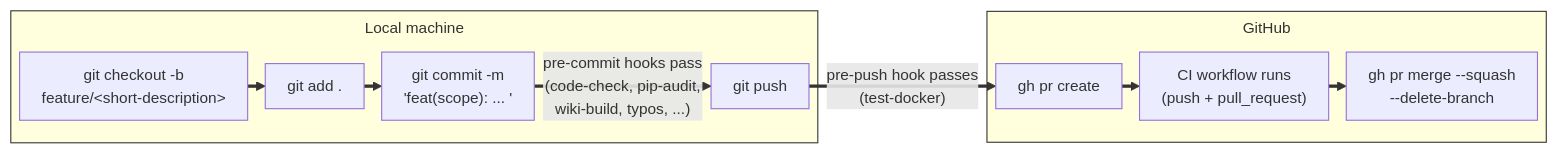
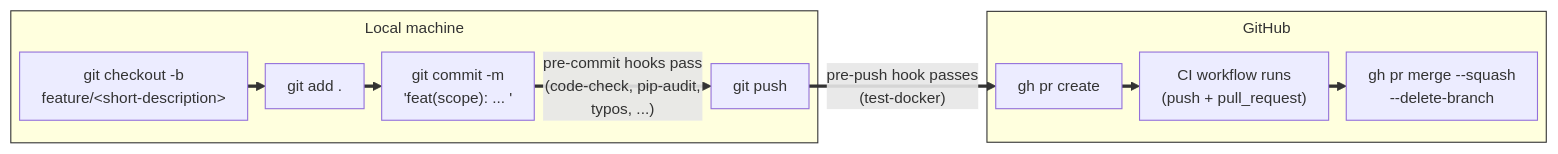
One commit to Kgotso-Koete/fastapi-clean-example changed the first of 2 diagrams in docs/wiki/content/development-guide/version-control.md. Above: the diagram before and after it, drawn with Mermaid. The commit also changed other lines of this file and 34 other files, not shown here.

````diff
--- a/docs/wiki/content/development-guide/version-control.md
+++ b/docs/wiki/content/development-guide/version-control.md
@@ -44,25 +44,25 @@
     ```mermaid
     %%{init: {"theme": "default", "themeVariables": {"fontSize": "14px"}, "flowchart": {"nodeSpacing": 20, "rankSpacing": 16, "padding": 10, "subGraphTitleMargin": {"top": 5, "bottom": 12}, "useMaxWidth": false}}}%%
     flowchart LR
         subgraph local["Local machine"]
             branch["git checkout -b<br/>feature/&lt;short-description&gt;"]
             add["git add ."]
             commit["git commit -m<br/>'feat(scope): ... '"]
             push["git push"]
             branch --> add --> commit
         end
 
         subgraph github["GitHub"]
             pr["gh pr create"]
             ci["CI workflow runs<br/>(push + pull_request)"]
             merge["gh pr merge --squash<br/>--delete-branch"]
             pr --> ci --> merge
         end
 
-        commit -->|"pre-commit hooks pass<br/>(code-check, pip-audit,<br/>wiki-build, typos, ...)"| push
+        commit -->|"pre-commit hooks pass<br/>(code-check, pip-audit,<br/>typos, ...)"| push
         push -->|"pre-push hook passes<br/>(test-docker)"| pr
 
         linkStyle default stroke-width:3px,stroke:#333333
         style local stroke-width:1px,stroke:#333333
         style github stroke-width:1px,stroke:#333333
     ```
````
